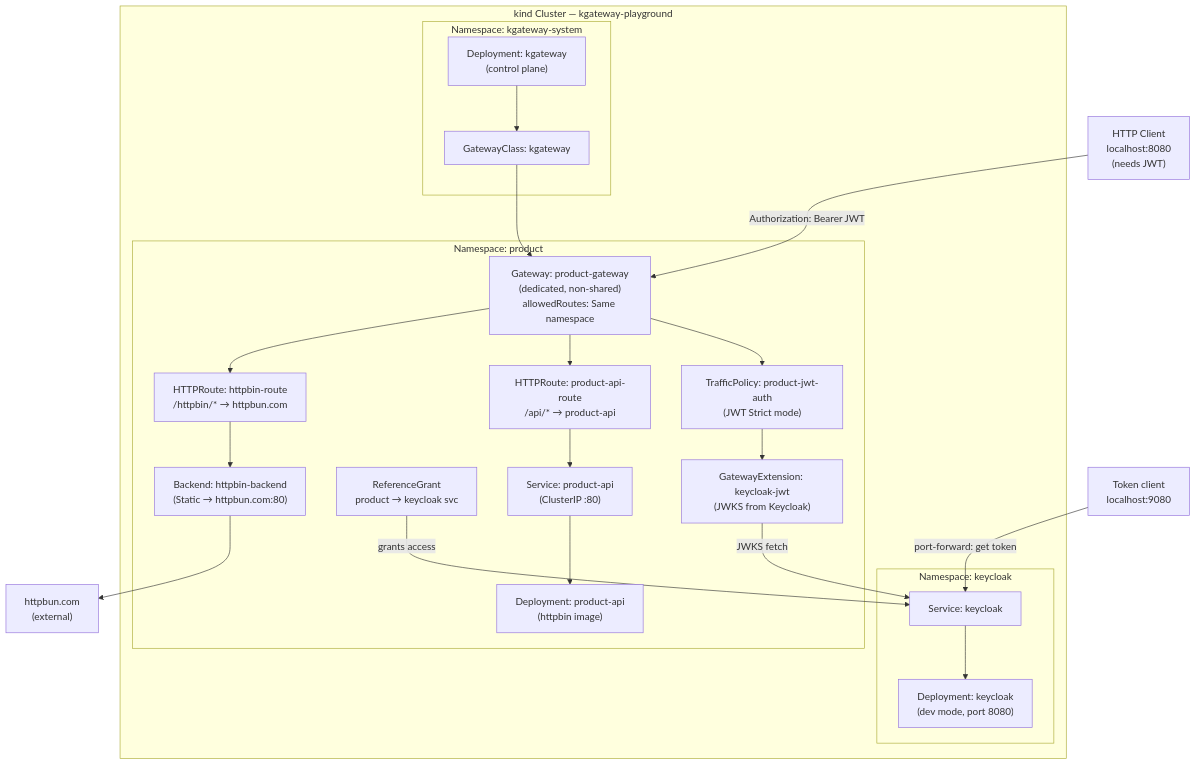
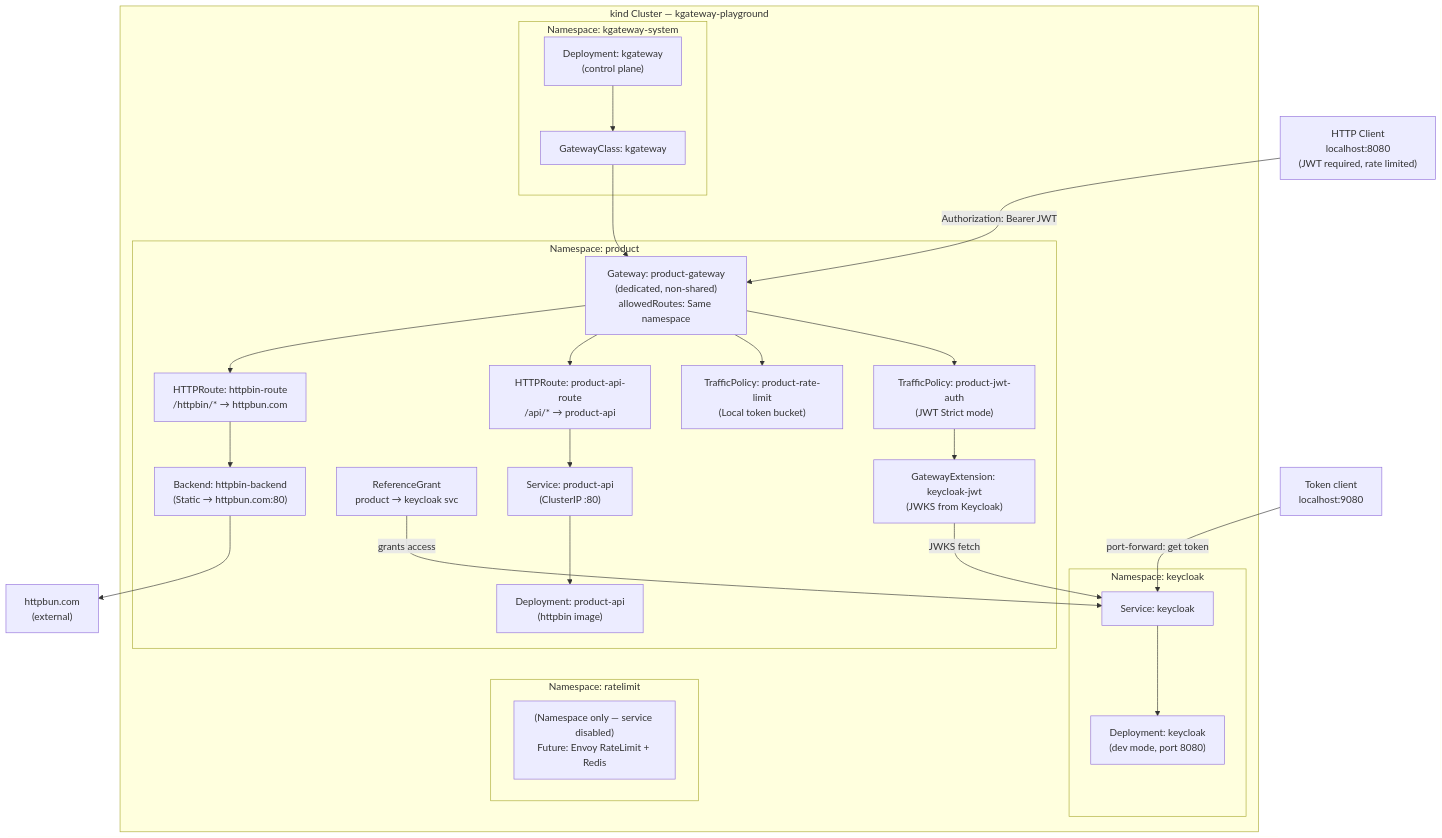
One commit to iron87/k-gateway-playground changed the diagram in docs/architecture.md. Above: the diagram before and after it, drawn with Mermaid. The commit also changed other lines of this file and 9 other files, not shown here.

Commit message:
Add local rate limiting use case with deployment and testing scripts

````diff
--- a/docs/architecture.md
+++ b/docs/architecture.md
@@ -5,46 +5,52 @@
 ```mermaid
 graph TD
     subgraph kind["kind Cluster — kgateway-playground"]
         subgraph kgsys["Namespace: kgateway-system"]
             ctrl["Deployment: kgateway\n(control plane)"]
             gc["GatewayClass: kgateway"]
         end
 
         subgraph keycloak_ns["Namespace: keycloak"]
             kc["Deployment: keycloak\n(dev mode, port 8080)"]
             kc_svc["Service: keycloak"]
         end
 
+        subgraph ratelimit_ns["Namespace: ratelimit"]
+            note_rl["(Namespace only — service disabled)\nFuture: Envoy RateLimit + Redis"]
+        end
+
         subgraph product["Namespace: product"]
             gw["Gateway: product-gateway\n(dedicated, non-shared)\nallowedRoutes: Same namespace"]
-            tp["TrafficPolicy: product-jwt-auth\n(JWT Strict mode)"]
-            ge["GatewayExtension: keycloak-jwt\n(JWKS from Keycloak)"]
-            rg["ReferenceGrant\nproduct → keycloak svc"]
+            tp_jwt["TrafficPolicy: product-jwt-auth\n(JWT Strict mode)"]
+            ge_jwt["GatewayExtension: keycloak-jwt\n(JWKS from Keycloak)"]
+            tp_rl["TrafficPolicy: product-rate-limit\n(Local token bucket)"]
+            rg_kc["ReferenceGrant\nproduct → keycloak svc"]
             r1["HTTPRoute: product-api-route\n/api/* → product-api"]
             r2["HTTPRoute: httpbin-route\n/httpbin/* → httpbun.com"]
             svc1["Service: product-api\n(ClusterIP :80)"]
             dep1["Deployment: product-api\n(httpbin image)"]
             back1["Backend: httpbin-backend\n(Static → httpbun.com:80)"]
         end
     end
 
     internet["httpbun.com\n(external)"]
-    client["HTTP Client\nlocalhost:8080\n(needs JWT)"]
+    client["HTTP Client\nlocalhost:8080\n(JWT required, rate limited)"]
     kc_client["Token client\nlocalhost:9080"]
 
     ctrl --> gc
     gc --> gw
-    gw --> tp
-    tp --> ge
-    ge -->|JWKS fetch| kc_svc
+    gw --> tp_jwt
+    gw --> tp_rl
+    tp_jwt --> ge_jwt
+    ge_jwt -->|JWKS fetch| kc_svc
     kc_svc --> kc
-    rg -->|grants access| kc_svc
+    rg_kc -->|grants access| kc_svc
     gw --> r1
     gw --> r2
     r1 --> svc1
     svc1 --> dep1
     r2 --> back1
     back1 --> internet
     client -->|Authorization: Bearer JWT| gw
     kc_client -->|port-forward: get token| kc_svc
 ```
````
